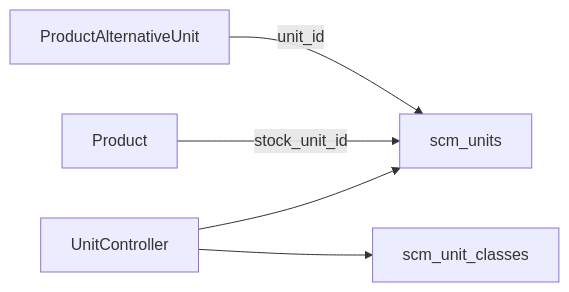
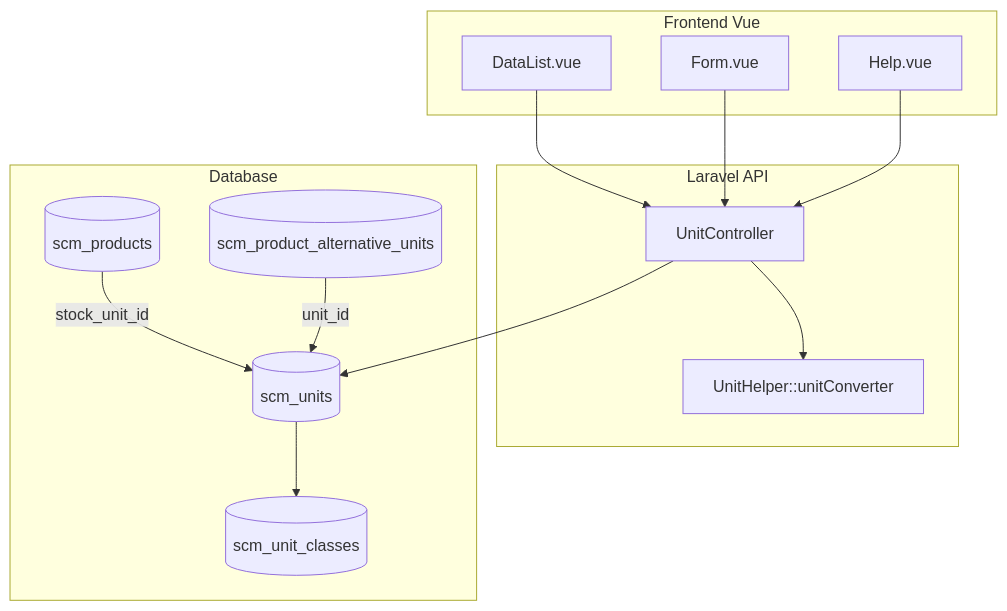
One commit to yendyr/olshoperp-docs changed the diagram in qa-docs/supplychain-unit/technical.md. Above: the diagram before and after it, drawn with Mermaid. The commit also changed other lines of this file and 84 other files, not shown here.

````diff
--- a/qa-docs/supplychain-unit/technical.md
+++ b/qa-docs/supplychain-unit/technical.md
@@ -87,7 +24,27 @@
 ```mermaid
-flowchart LR
-    UC[UnitController] --> U[scm_units]
-    UC --> UCL[scm_unit_classes]
-    PR[Product] -->|stock_unit_id| U
-    PAU[ProductAlternativeUnit] -->|unit_id| U
+flowchart TB
+    subgraph FE["Frontend Vue"]
+        DL["DataList.vue"]
+        FM["Form.vue"]
+        HP["Help.vue"]
+    end
+    subgraph API["Laravel API"]
+        UC["UnitController"]
+        UH["UnitHelper::unitConverter"]
+    end
+    subgraph DB["Database"]
+        U[("scm_units")]
+        UCL[("scm_unit_classes")]
+        PR[("scm_products")]
+        PAU[("scm_product_alternative_units")]
+    end
+
+    DL --> UC
+    FM --> UC
+    HP --> UC
+    UC --> UH
+    UC --> U
+    U --> UCL
+    PR -->|stock_unit_id| U
+    PAU -->|unit_id| U
 ```
````
